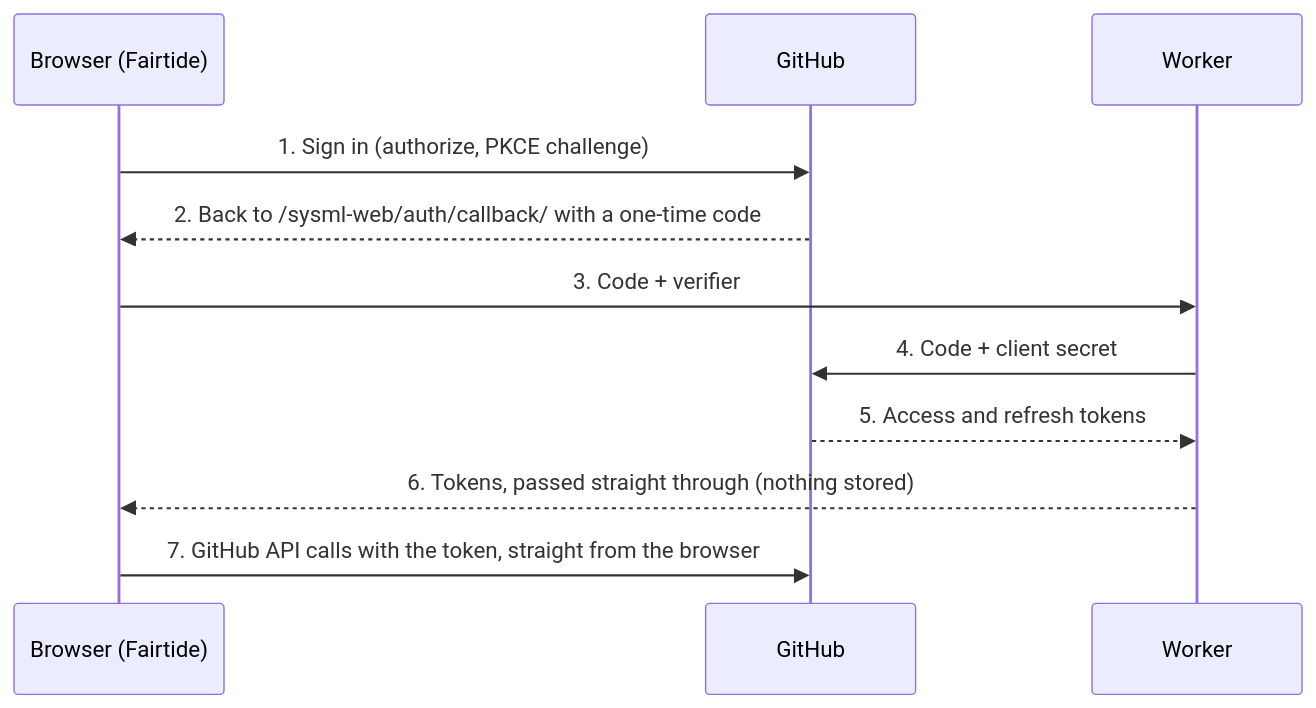
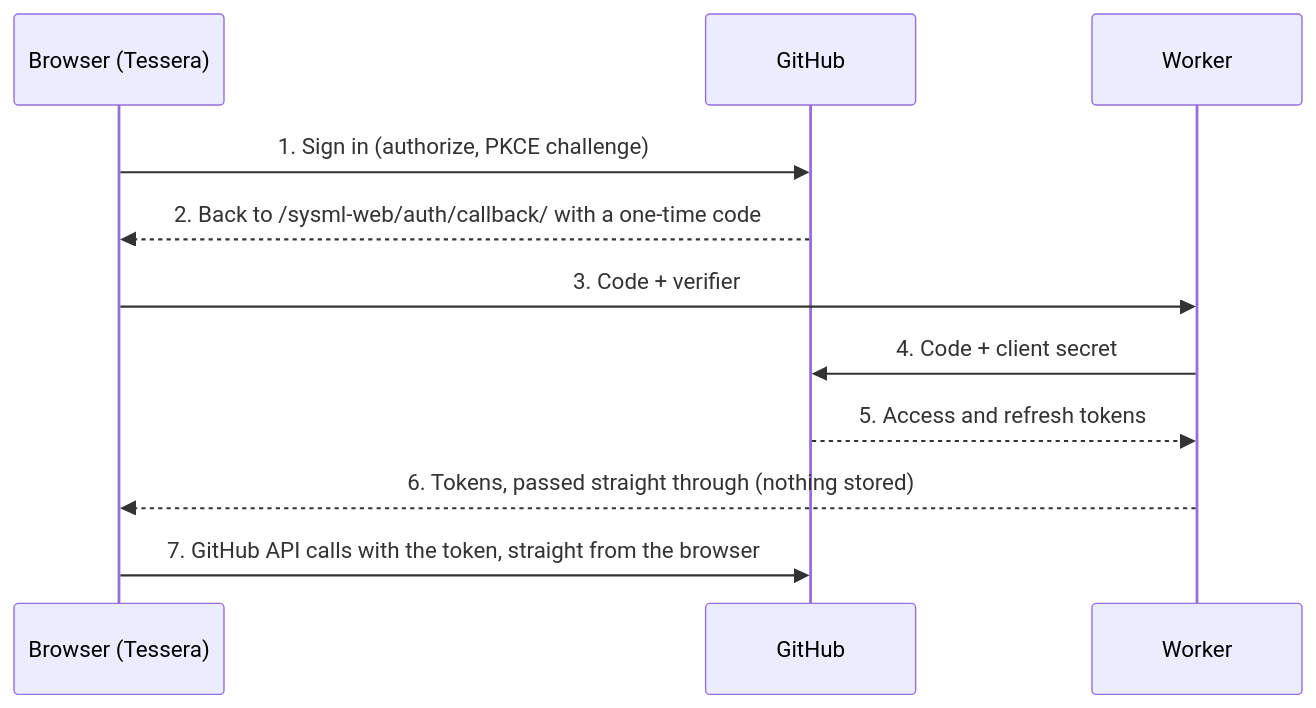
One commit to jackhale98/sysml-web changed the diagram in docs/setup-github-sign-in.md. Above: the diagram before and after it, drawn with Mermaid. The commit also changed other lines of this file and 94 other files, not shown here.

````diff
--- a/docs/setup-github-sign-in.md
+++ b/docs/setup-github-sign-in.md
@@ -24,13 +24,13 @@
 ```mermaid
 sequenceDiagram
-    participant B as Browser (Fairtide)
+    participant B as Browser (Tessera)
     participant G as GitHub
     participant W as Worker
     B->>G: 1. Sign in (authorize, PKCE challenge)
     G-->>B: 2. Back to /sysml-web/auth/callback/ with a one-time code
     B->>W: 3. Code + verifier
     W->>G: 4. Code + client secret
     G-->>W: 5. Access and refresh tokens
     W-->>B: 6. Tokens, passed straight through (nothing stored)
     B->>G: 7. GitHub API calls with the token, straight from the browser
 ```
````
